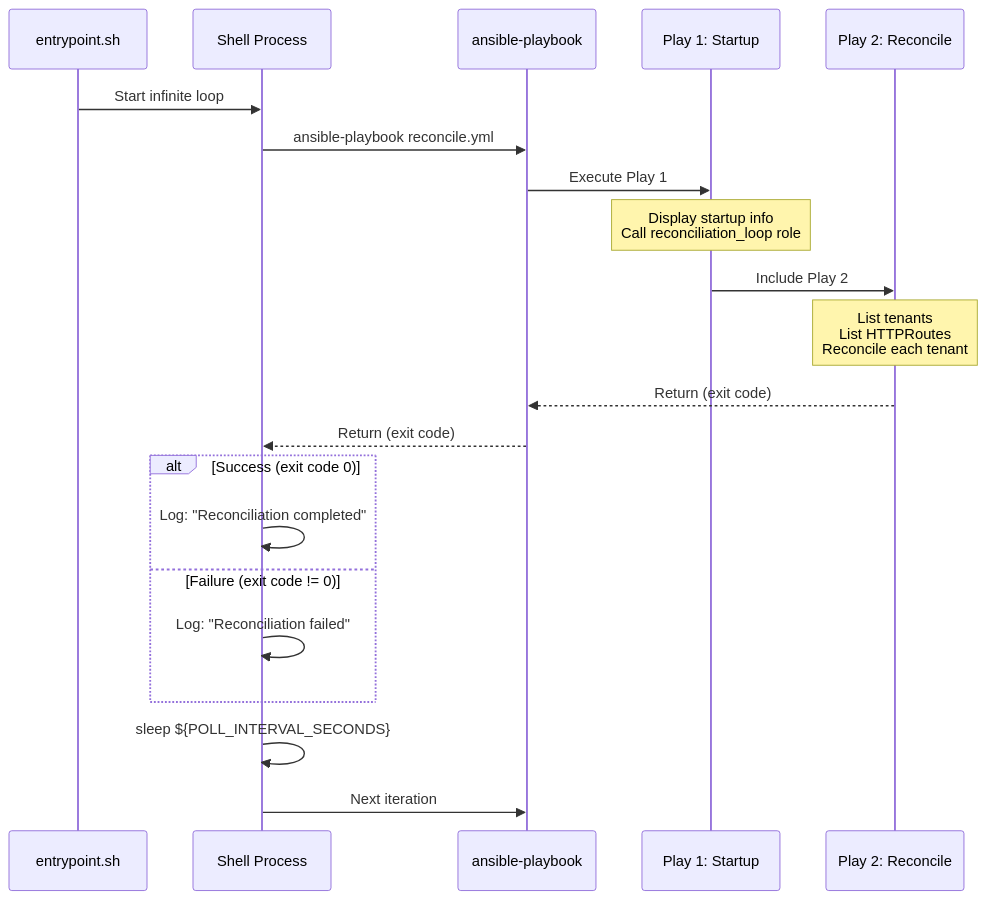
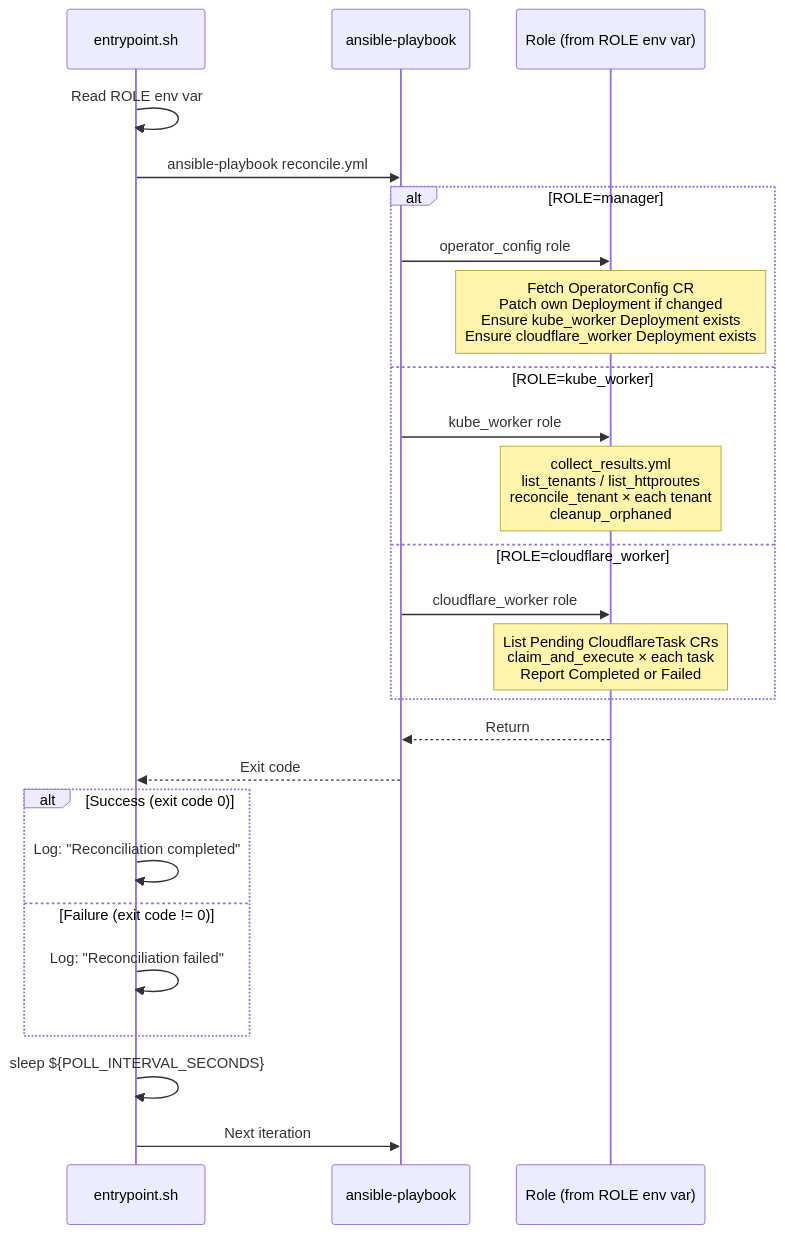
Before and after one commit to wheetazlab/cloudflare-zero-trust-operator: the second of 9 diagrams in docs/flow.md, drawn with Mermaid. The commit also changed other lines of this file and 1 other file, not shown here.

````diff
--- a/docs/flow.md
+++ b/docs/flow.md
@@ -305,29 +305,32 @@
 ```mermaid
 sequenceDiagram
-    participant Entry as entrypoint.sh
-    participant Shell as Shell Process
+    participant Shell as entrypoint.sh
     participant Ansible as ansible-playbook
-    participant Play1 as Play 1: Startup
-    participant Play2 as Play 2: Reconcile
-    
-    Entry->>Shell: Start infinite loop
+    participant Role as Role (from ROLE env var)
+
+    Shell->>Shell: Read ROLE env var
     Shell->>Ansible: ansible-playbook reconcile.yml
-    
-    Ansible->>Play1: Execute Play 1
-    Note over Play1: Display startup info<br/>Call reconciliation_loop role
-    
-    Play1->>Play2: Include Play 2
-    Note over Play2: List tenants<br/>List HTTPRoutes<br/>Reconcile each tenant
-    
-    Play2-->>Ansible: Return (exit code)
-    Ansible-->>Shell: Return (exit code)
-    
+
+    alt ROLE=manager
+        Ansible->>Role: operator_config role
+        Note over Role: Fetch OperatorConfig CR<br/>Patch own Deployment if changed<br/>Ensure kube_worker Deployment exists<br/>Ensure cloudflare_worker Deployment exists
+    else ROLE=kube_worker
+        Ansible->>Role: kube_worker role
+        Note over Role: collect_results.yml<br/>list_tenants / list_httproutes<br/>reconcile_tenant × each tenant<br/>cleanup_orphaned
+    else ROLE=cloudflare_worker
+        Ansible->>Role: cloudflare_worker role
+        Note over Role: List Pending CloudflareTask CRs<br/>claim_and_execute × each task<br/>Report Completed or Failed
+    end
+
+    Role-->>Ansible: Return
+    Ansible-->>Shell: Exit code
+
     alt Success (exit code 0)
         Shell->>Shell: Log: "Reconciliation completed"
     else Failure (exit code != 0)
         Shell->>Shell: Log: "Reconciliation failed"
     end
-    
+
     Shell->>Shell: sleep ${POLL_INTERVAL_SECONDS}
     Shell->>Ansible: Next iteration
 ```
````
